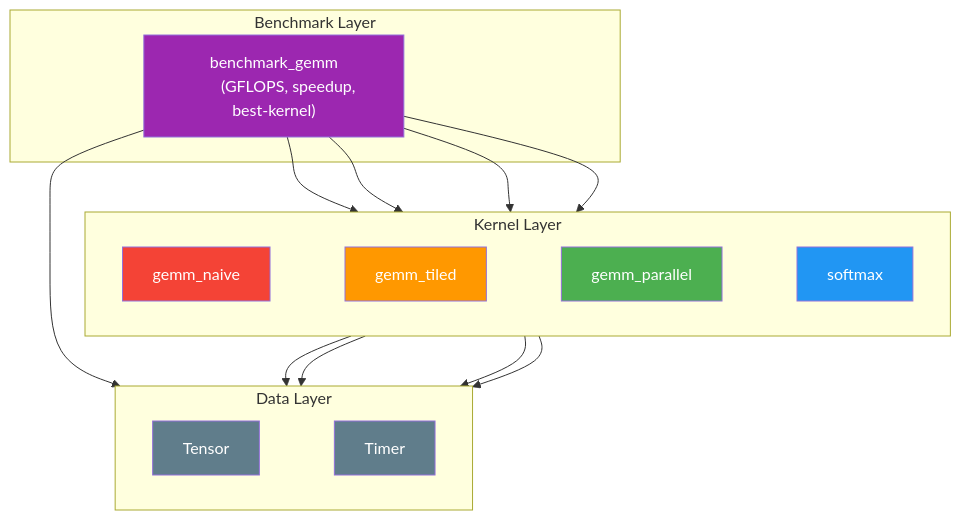
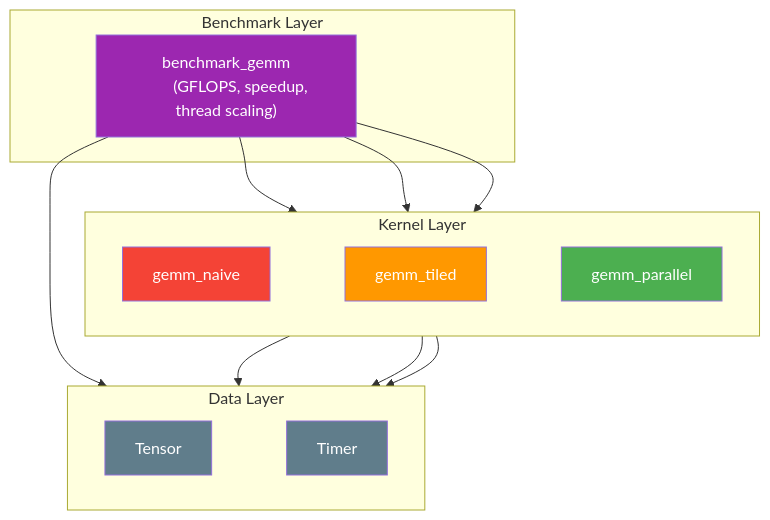
The first of 7 diagrams in README.md (shamykyzer/ml-kernel-runtime), drawn with Mermaid before and after one commit. The commit also changed other lines of this file, not shown here.

````diff
--- a/README.md
+++ b/README.md
@@ -7,27 +38,26 @@
 ```mermaid
 graph TD
     subgraph "Benchmark Layer"
         BENCH["benchmark_gemm
-        (GFLOPS, speedup, best-kernel)"]
+        (GFLOPS, speedup, thread scaling)"]
     end
     subgraph "Kernel Layer"
         direction LR
-        NAIVE["gemm_naive"] ~~~ TILED["gemm_tiled"] ~~~ PARALLEL["gemm_parallel"] ~~~ SFMAX["softmax"]
+        NAIVE["gemm_naive"] ~~~ TILED["gemm_tiled"] ~~~ PARALLEL["gemm_parallel"]
     end
     subgraph "Data Layer"
         direction LR
         TENSOR["Tensor"] ~~~ TIMER["Timer"]
     end
 
-    BENCH --> NAIVE & TILED & PARALLEL & SFMAX
+    BENCH --> NAIVE & TILED & PARALLEL
     BENCH --> TIMER
-    NAIVE & TILED & PARALLEL & SFMAX --> TENSOR
+    NAIVE & TILED & PARALLEL --> TENSOR
 
     style BENCH fill:#9C27B0,color:#fff
     style NAIVE fill:#f44336,color:#fff
     style TILED fill:#FF9800,color:#fff
     style PARALLEL fill:#4CAF50,color:#fff
-    style SFMAX fill:#2196F3,color:#fff
     style TENSOR fill:#607D8B,color:#fff
     style TIMER fill:#607D8B,color:#fff
 ```
````
